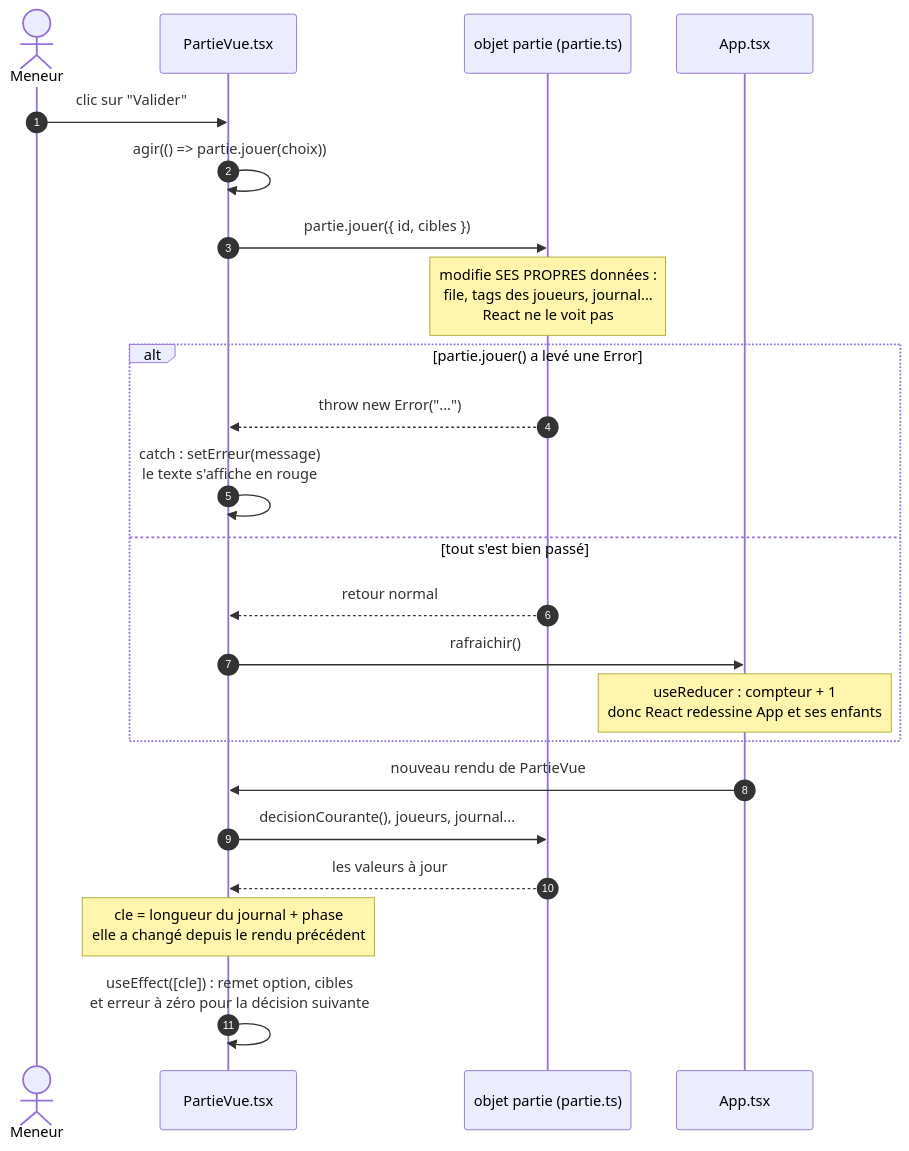
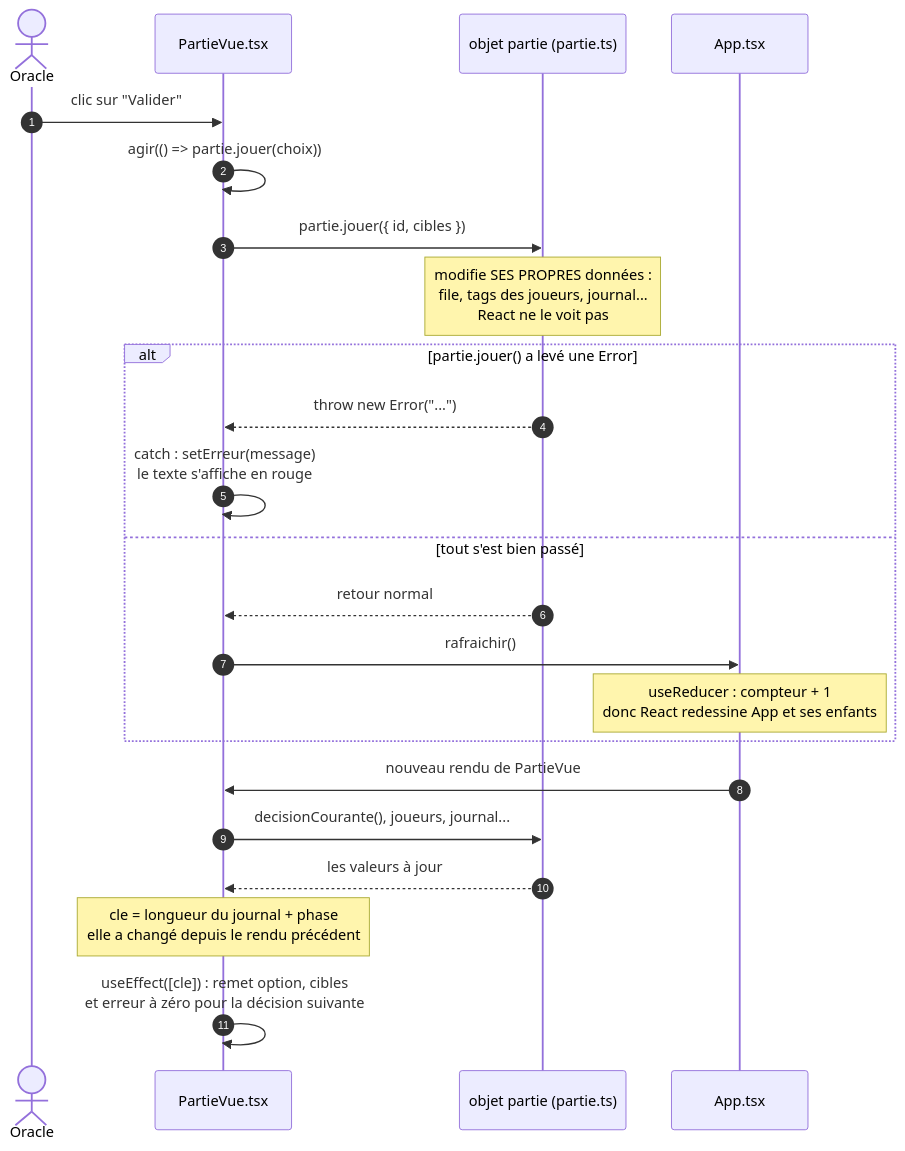
The fourth of 10 diagrams in docs/fonctionnement-du-code.md (Electric-Waffle/loup-garou), drawn with Mermaid before and after one commit. The commit also changed other lines of this file and 58 other files, not shown here.

````diff
--- a/docs/fonctionnement-du-code.md
+++ b/docs/fonctionnement-du-code.md
@@ -404,26 +404,26 @@
 ```mermaid
 sequenceDiagram
   autonumber
-  actor M as Meneur
+  actor M as Oracle
   participant PV as PartieVue.tsx
   participant P as objet partie (partie.ts)
   participant APP as App.tsx
 
   M->>PV: clic sur "Valider"
   PV->>PV: agir(() => partie.jouer(choix))
   PV->>P: partie.jouer({ id, cibles })
   Note over P: modifie SES PROPRES données :<br/>file, tags des joueurs, journal...<br/>React ne le voit pas
   alt partie.jouer() a levé une Error
     P-->>PV: throw new Error("...")
     PV->>PV: catch : setErreur(message)<br/>le texte s'affiche en rouge
   else tout s'est bien passé
     P-->>PV: retour normal
     PV->>APP: rafraichir()
     Note over APP: useReducer : compteur + 1<br/>donc React redessine App et ses enfants
   end
   APP->>PV: nouveau rendu de PartieVue
   PV->>P: decisionCourante(), joueurs, journal...
   P-->>PV: les valeurs à jour
   Note over PV: cle = longueur du journal + phase<br/>elle a changé depuis le rendu précédent
   PV->>PV: useEffect([cle]) : remet option, cibles<br/>et erreur à zéro pour la décision suivante
 ```
````
